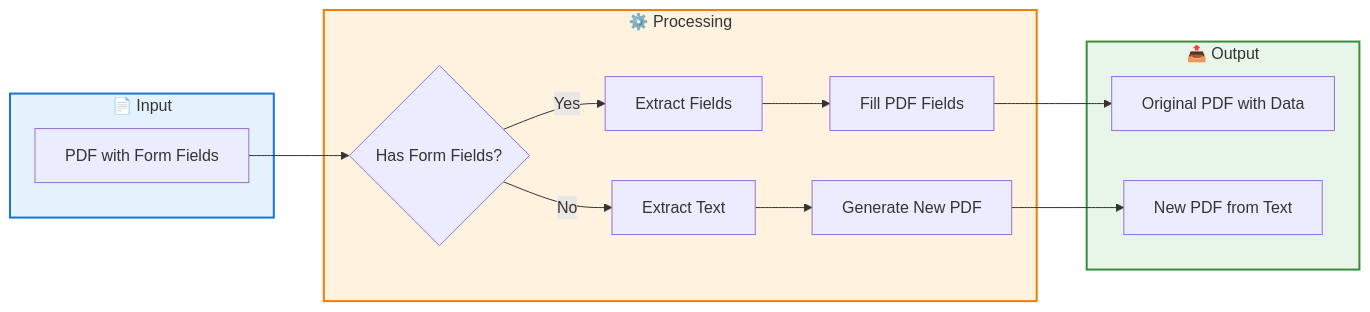
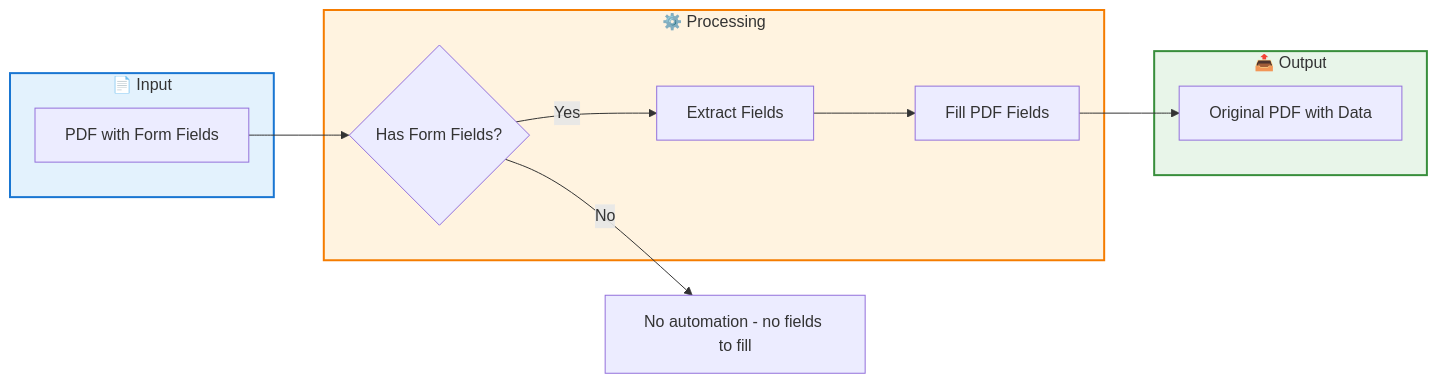
Before and after one commit to dipankar1415/share: the fourth of 4 diagrams in legal/TemplateFiller.md, drawn with Mermaid. The commit also changed other lines of this file, not shown here.

````diff
--- a/legal/TemplateFiller.md
+++ b/legal/TemplateFiller.md
@@ -135,31 +135,26 @@
 ```mermaid
 graph LR
     subgraph Input["📄 Input"]
         A[PDF with Form Fields]
     end
-    
+
     subgraph Process["⚙️ Processing"]
         B{Has Form Fields?}
         C[Extract Fields]
-        D[Extract Text]
-        E[Fill PDF Fields]
-        F[Generate New PDF]
+        D[Fill PDF Fields]
     end
-    
+
     subgraph Output["📤 Output"]
         G[Original PDF with Data]
-        H[New PDF from Text]
     end
-    
+
     A --> B
     B -->|Yes| C
-    B -->|No| D
-    C --> E
-    D --> F
-    E --> G
-    F --> H
-    
+    B -->|No| Z[No automation - no fields to fill]
+    C --> D
+    D --> G
+
     style Input fill:#e3f2fd,stroke:#1976d2,stroke-width:2px
     style Process fill:#fff3e0,stroke:#f57c00,stroke-width:2px
     style Output fill:#e8f5e9,stroke:#388e3c,stroke-width:2px
 ```
````
